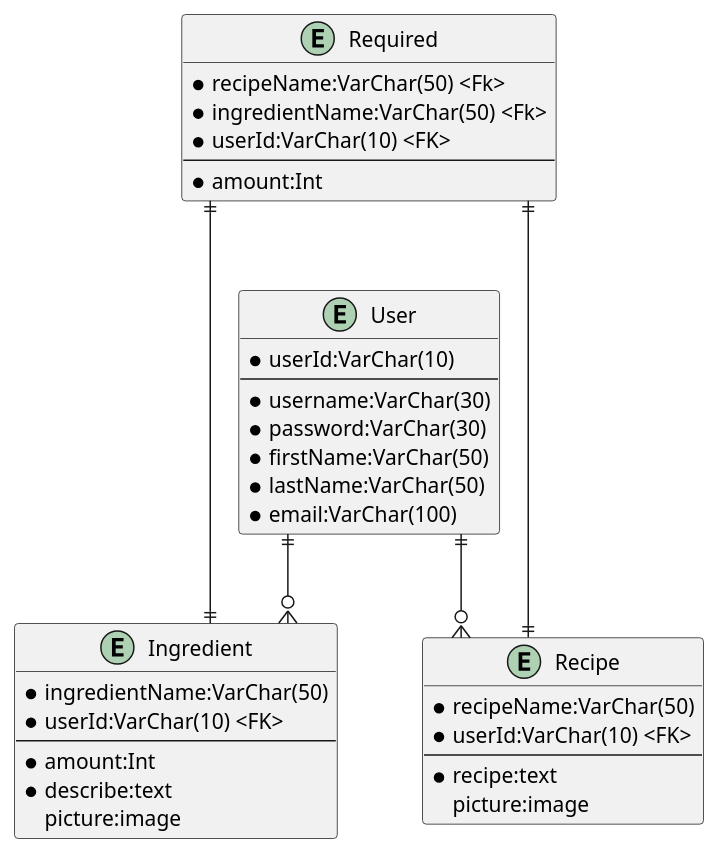
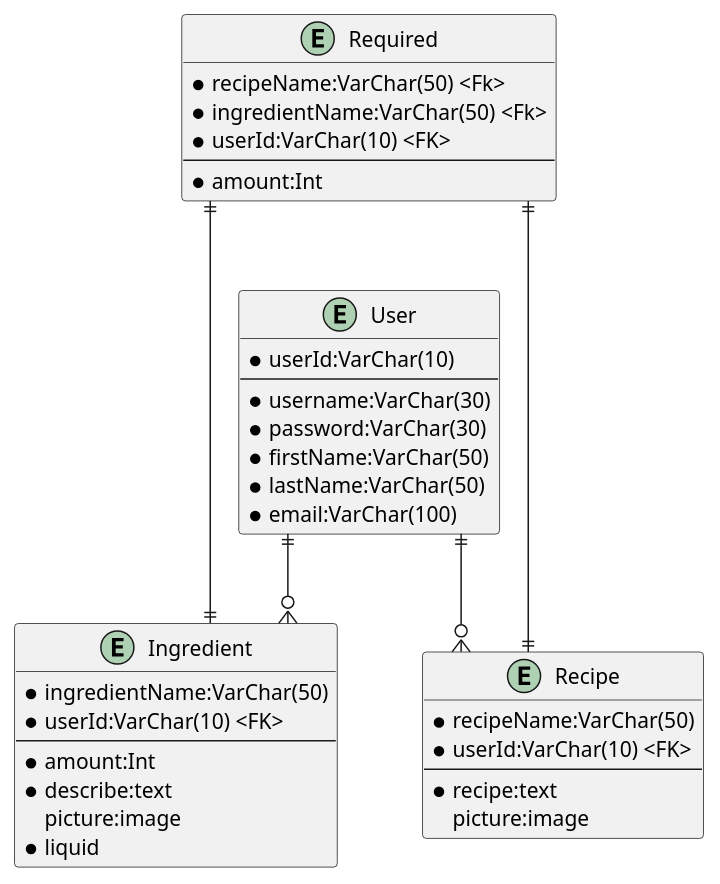
The diagram in Diagrams/BTeamERD.puml (bluewolf44/PantryPal), drawn with PlantUML before and after one commit.

Commit message:
add liquid

```diff
--- a/Diagrams/BTeamERD.puml
+++ b/Diagrams/BTeamERD.puml
@@ -1,46 +1,47 @@
 @startuml
 
 skinparam linetype polyline
 skinparam linetype ortho
 
     entity User {
         * userId:VarChar(10)
         --
         * username:VarChar(30)
         * password:VarChar(30)
         * firstName:VarChar(50)
         * lastName:VarChar(50)
         * email:VarChar(100)
     }
 
     entity Ingredient {
         * ingredientName:VarChar(50)
         * userId:VarChar(10) <FK>
         --
         * amount:Int
         * describe:text
         picture:image
+        * liquid
     }
 
     entity Recipe {
         * recipeName:VarChar(50)
         * userId:VarChar(10) <FK>
         --
         * recipe:text
         picture:image
     }
 
     entity Required {
         * recipeName:VarChar(50) <Fk>
         * ingredientName:VarChar(50) <Fk>
         * userId:VarChar(10) <FK>
         --
         * amount:Int
     }
 
     User ||--o{ Ingredient
     User ||--o{ Recipe
     Required ||---|| Recipe
     Required ||---|| Ingredient
 
 @enduml
```
